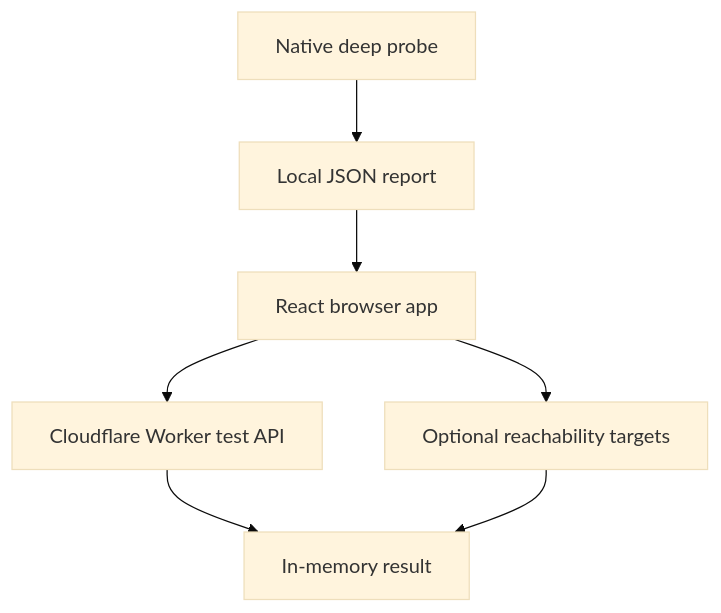
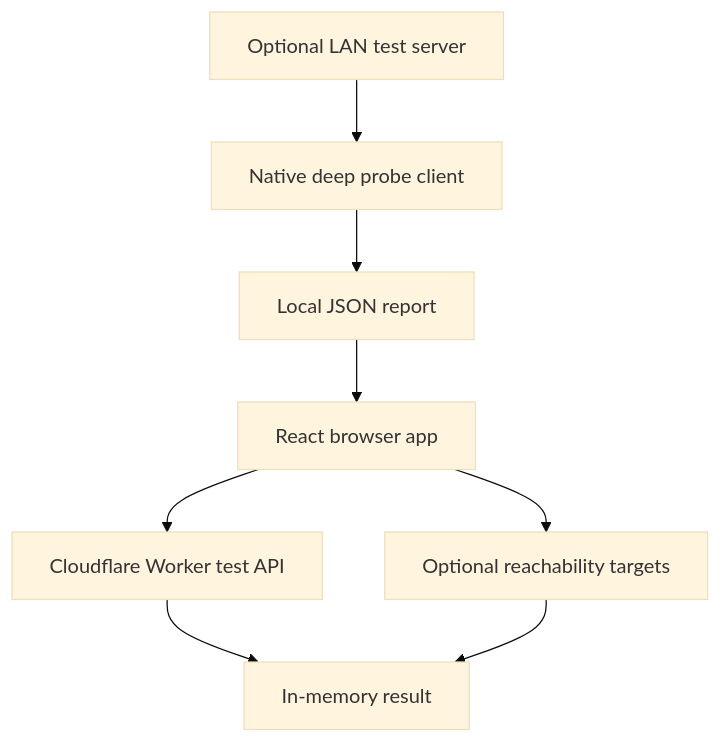
Before and after one commit to JohnnyZLi/Network-Diagnostics-Suite: the diagram in README.md, drawn with Mermaid (base theme). The commit also changed other lines of this file and 22 other files, not shown here.

````diff
--- a/README.md
+++ b/README.md
@@ -42,9 +43,10 @@
 ```mermaid
 flowchart TD
     Browser["React browser app"] --> Worker["Cloudflare Worker test API"]
     Browser --> Services["Optional reachability targets"]
-    Probe["Native deep probe"] --> Report["Local JSON report"]
+    LanServer["Optional LAN test server"] --> Probe["Native deep probe client"]
+    Probe --> Report["Local JSON report"]
     Report --> Browser
     Worker --> Result["In-memory result"]
     Services --> Result
 ```
````
